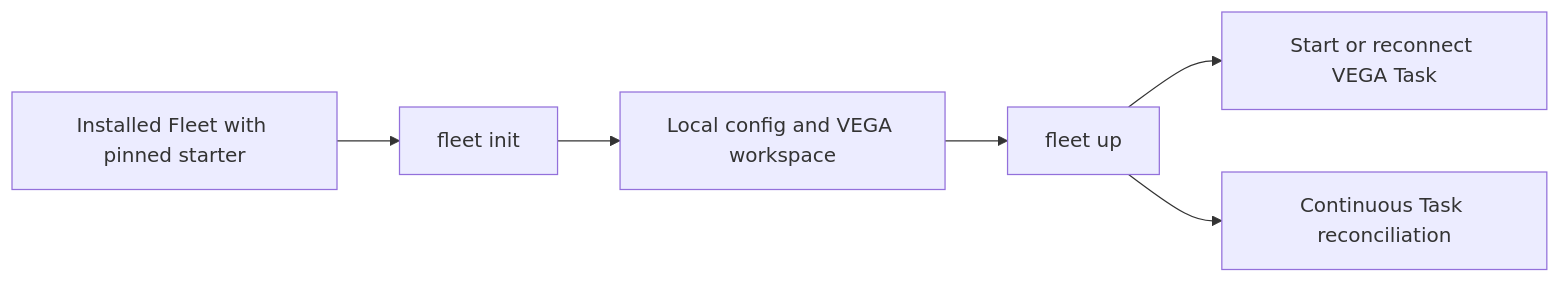
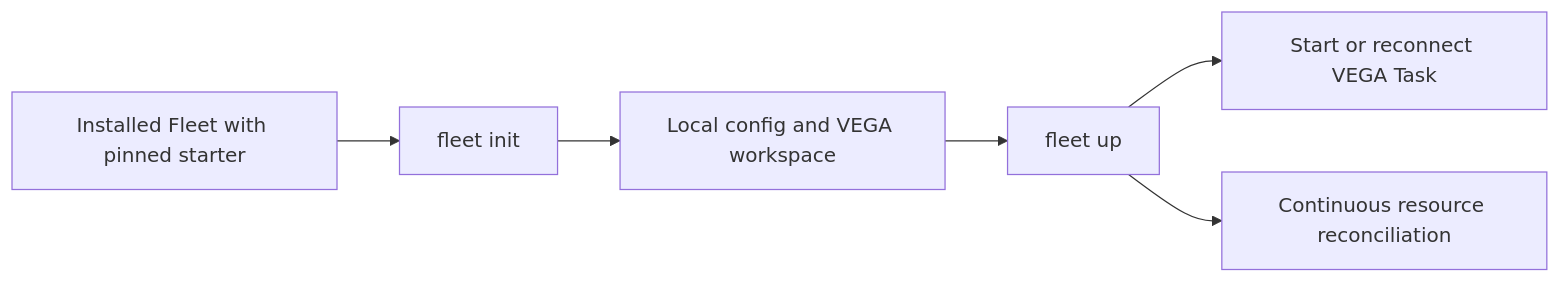
Before and after one commit to Thurbeen/vega: the diagram in README.md, drawn with Mermaid. The commit also changed other lines of this file and 10 other files, not shown here.

````diff
--- a/README.md
+++ b/README.md
@@ -13,8 +15,8 @@
 ```mermaid
 flowchart LR
   Release[Installed Fleet with pinned starter] --> Init[fleet init]
   Init --> Config[Local config and VEGA workspace]
   Config --> Up[fleet up]
   Up --> Task[Start or reconnect VEGA Task]
-  Up --> Loop[Continuous Task reconciliation]
+  Up --> Loop[Continuous resource reconciliation]
 ```
````
